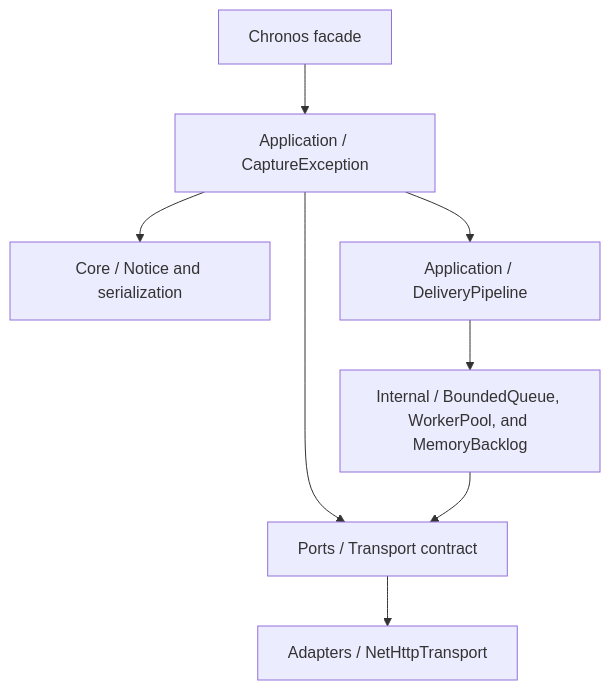
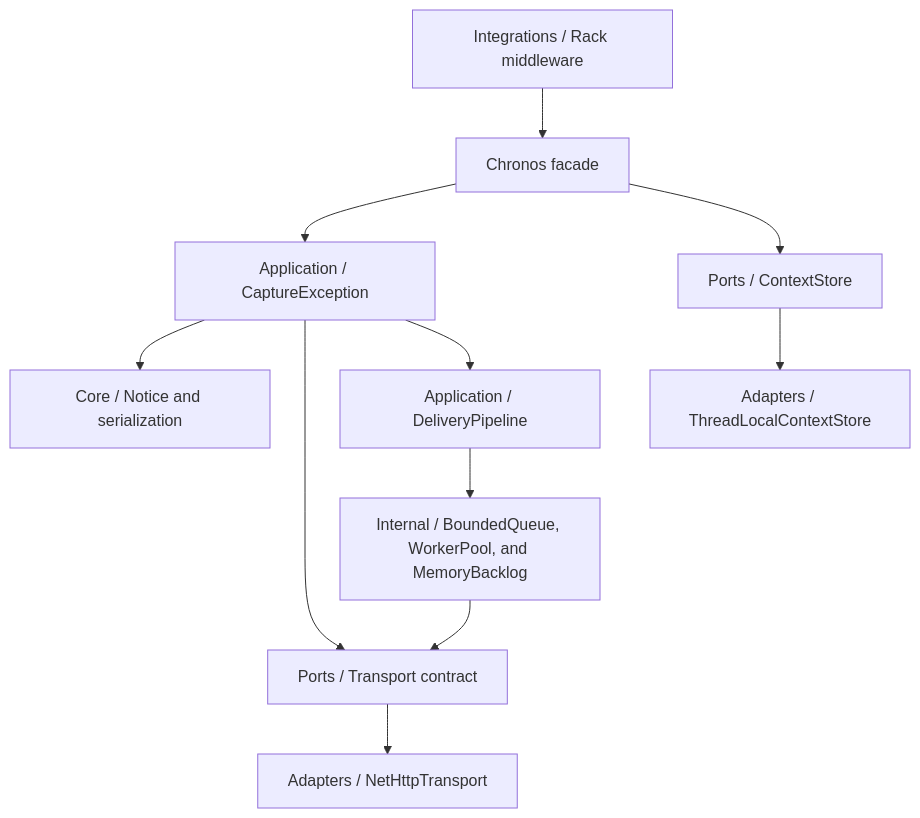
The diagram in docs/architecture.md (antoniojefferson/chronos-ruby), drawn with Mermaid before and after one commit. The commit also changed other lines of this file and 37 other files, not shown here.

````diff
--- a/docs/architecture.md
+++ b/docs/architecture.md
@@ -5,10 +5,13 @@
 ```mermaid
 flowchart TB
   Facade[Chronos facade] --> Application[Application / CaptureException]
   Application --> Core[Core / Notice and serialization]
   Application --> Ports[Ports / Transport contract]
   Ports --> Adapter[Adapters / NetHttpTransport]
   Application --> Delivery[Application / DeliveryPipeline]
   Delivery --> Internal[Internal / BoundedQueue, WorkerPool, and MemoryBacklog]
   Internal --> Ports
+  Rack[Integrations / Rack middleware] --> Facade
+  Facade --> Context[Ports / ContextStore]
+  Context --> ThreadLocal[Adapters / ThreadLocalContextStore]
 ```
````
